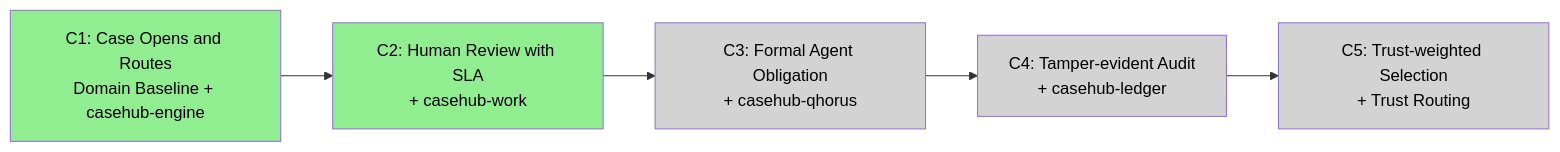
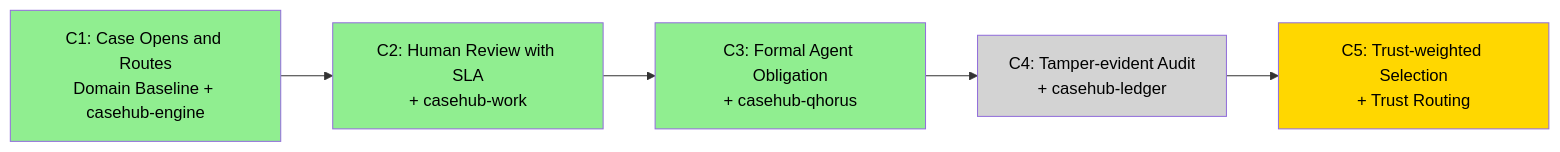
Before and after one commit to mdproctor/wsp-casehub-devtown: the fifth of 7 diagrams in ARC42STORIES.MD, drawn with Mermaid. The commit also changed other lines of this file, not shown here.

````diff
--- a/ARC42STORIES.MD
+++ b/ARC42STORIES.MD
@@ -382,16 +382,16 @@
 ```mermaid
 flowchart LR
   C1["C1: Case Opens and Routes\nDomain Baseline + casehub-engine"]
   C2["C2: Human Review with SLA\n+ casehub-work"]
   C3["C3: Formal Agent Obligation\n+ casehub-qhorus"]
   C4["C4: Tamper-evident Audit\n+ casehub-ledger"]
   C5["C5: Trust-weighted Selection\n+ Trust Routing"]
 
   C1 --> C2 --> C3 --> C4 --> C5
 
   style C1 fill:#90EE90,color:#000
   style C2 fill:#90EE90,color:#000
-  style C3 fill:#D3D3D3,color:#000
+  style C3 fill:#90EE90,color:#000
   style C4 fill:#D3D3D3,color:#000
-  style C5 fill:#D3D3D3,color:#000
+  style C5 fill:#FFD700,color:#000
 ```
````
